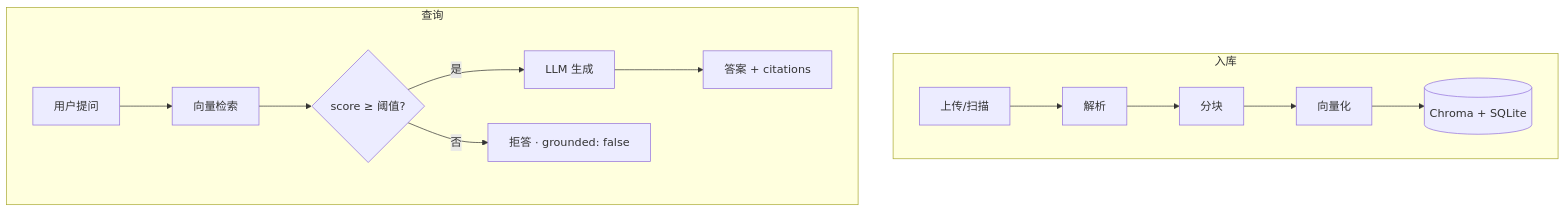
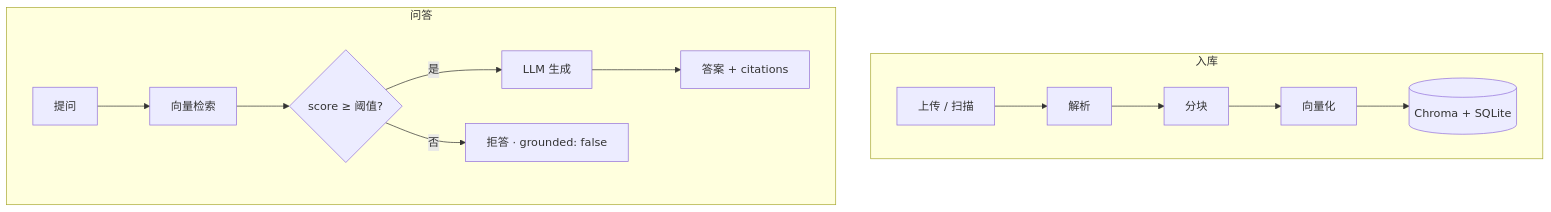
The diagram in README.md (1765889846/exam_qa), drawn with Mermaid before and after one commit. The commit also changed other lines of this file and 120 other files, not shown here.

````diff
--- a/README.md
+++ b/README.md
@@ -49,14 +57,14 @@
 ```mermaid
 flowchart TB
     subgraph ingest["入库"]
         direction LR
-        I1["上传/扫描"] --> I2["解析"] --> I3["分块"] --> I4["向量化"] --> I5[("Chroma + SQLite")]
+        I1["上传 / 扫描"] --> I2["解析"] --> I3["分块"] --> I4["向量化"] --> I5[("Chroma + SQLite")]
     end
 
-    subgraph query["查询"]
+    subgraph query["问答"]
         direction LR
-        Q1["用户提问"] --> Q2["向量检索"] --> Q3{"score ≥ 阈值?"}
+        Q1["提问"] --> Q2["向量检索"] --> Q3{"score ≥ 阈值?"}
         Q3 -->|是| Q4["LLM 生成"] --> Q5["答案 + citations"]
         Q3 -->|否| Q6["拒答 · grounded: false"]
     end
 ```
````
